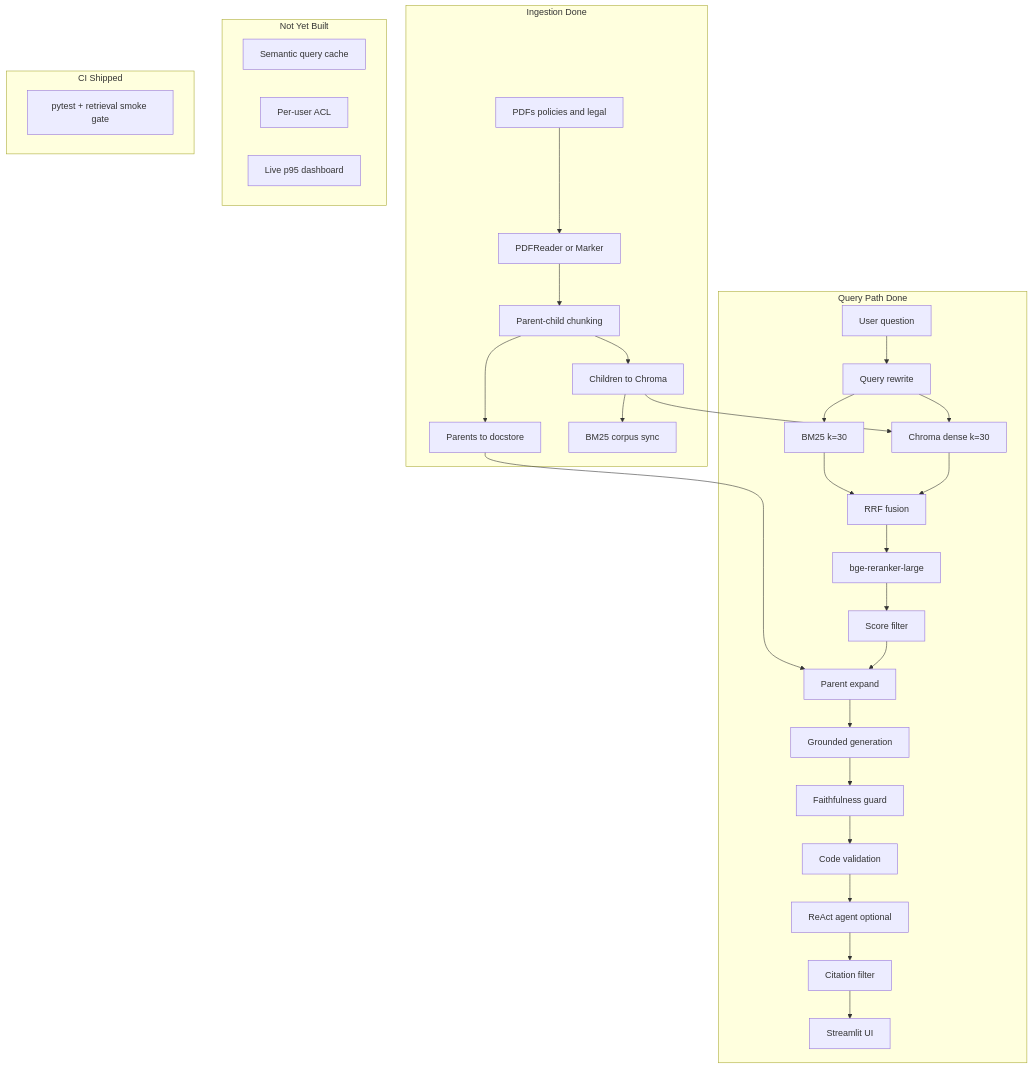
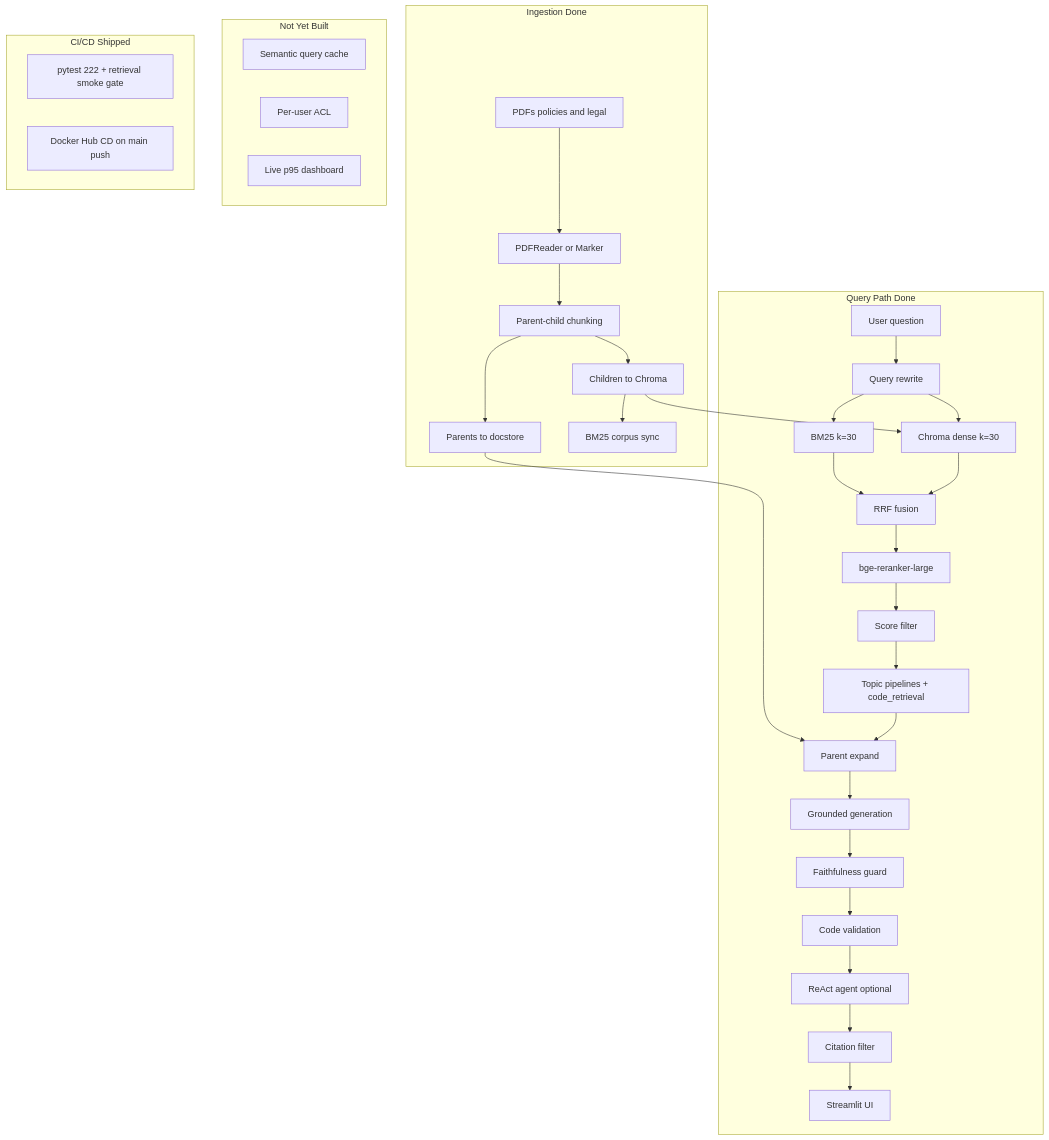
One commit to SoubhagyaJain/Rag-chatbot changed the second of 2 diagrams in company_policy_rag/README3.md. Above: the diagram before and after it, drawn with Mermaid. The commit also changed other lines of this file and 3 other files, not shown here.

Commit message:
docs: refresh all READMEs with latest architecture, metrics, and CD status

````diff
--- a/company_policy_rag/README3.md
+++ b/company_policy_rag/README3.md
@@ -404,42 +422,44 @@
 ```mermaid
 flowchart TB
     subgraph ingest [Ingestion Done]
         PDF[PDFs policies and legal]
         PDF --> Parse[PDFReader or Marker]
         Parse --> Chunk[Parent-child chunking]
         Chunk --> Child[Children to Chroma]
         Chunk --> Parent[Parents to docstore]
         Child --> BM25[BM25 corpus sync]
     end
 
     subgraph query [Query Path Done]
         Q[User question]
         Q --> Rewrite[Query rewrite]
         Rewrite --> Dense[Chroma dense k=30]
         Rewrite --> Sparse[BM25 k=30]
         Dense --> RRF[RRF fusion]
         Sparse --> RRF
         RRF --> Rerank[bge-reranker-large]
         Rerank --> Filter[Score filter]
-        Filter --> Expand[Parent expand]
+        Filter --> Topics[Topic pipelines + code_retrieval]
+        Topics --> Expand[Parent expand]
         Expand --> Gen[Grounded generation]
         Gen --> Guard[Faithfulness guard]
         Guard --> CodeVal[Code validation]
         CodeVal --> Agent[ReAct agent optional]
         Agent --> Cite[Citation filter]
         Cite --> UI[Streamlit UI]
     end
 
     subgraph gaps [Not Yet Built]
         Cache[Semantic query cache]
         ACL[Per-user ACL]
         Monitor[Live p95 dashboard]
     end
 
-    subgraph ci [CI Shipped]
-        CIGate[pytest + retrieval smoke gate]
+    subgraph ci [CI/CD Shipped]
+        CIGate[pytest 222 + retrieval smoke gate]
+        DockerCD[Docker Hub CD on main push]
     end
 
     Child --> Dense
     Parent --> Expand
 ```
````
